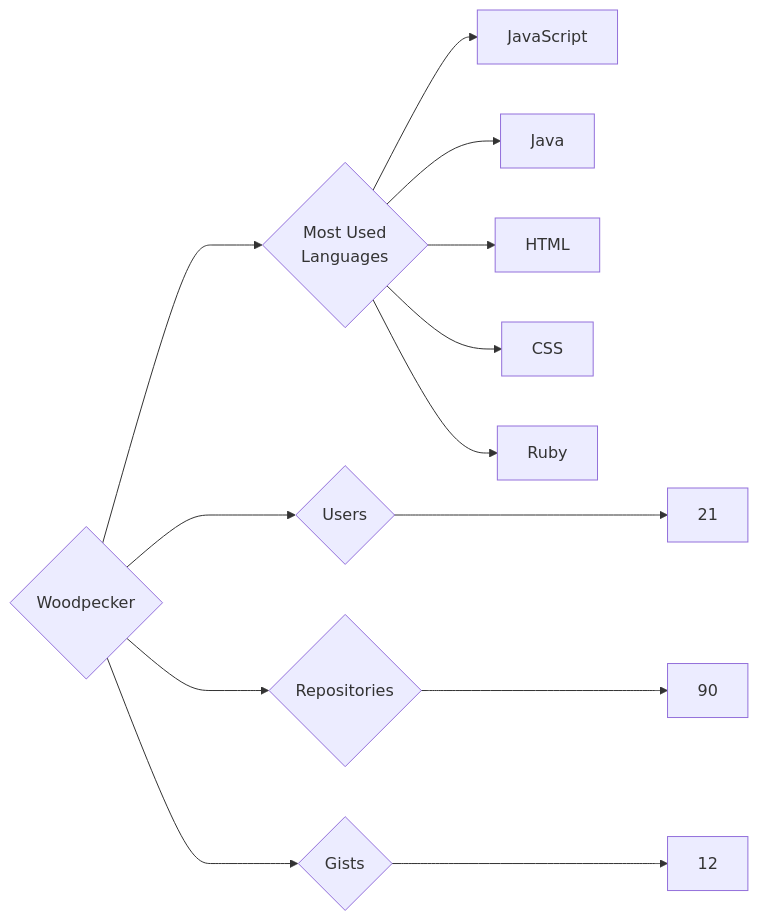
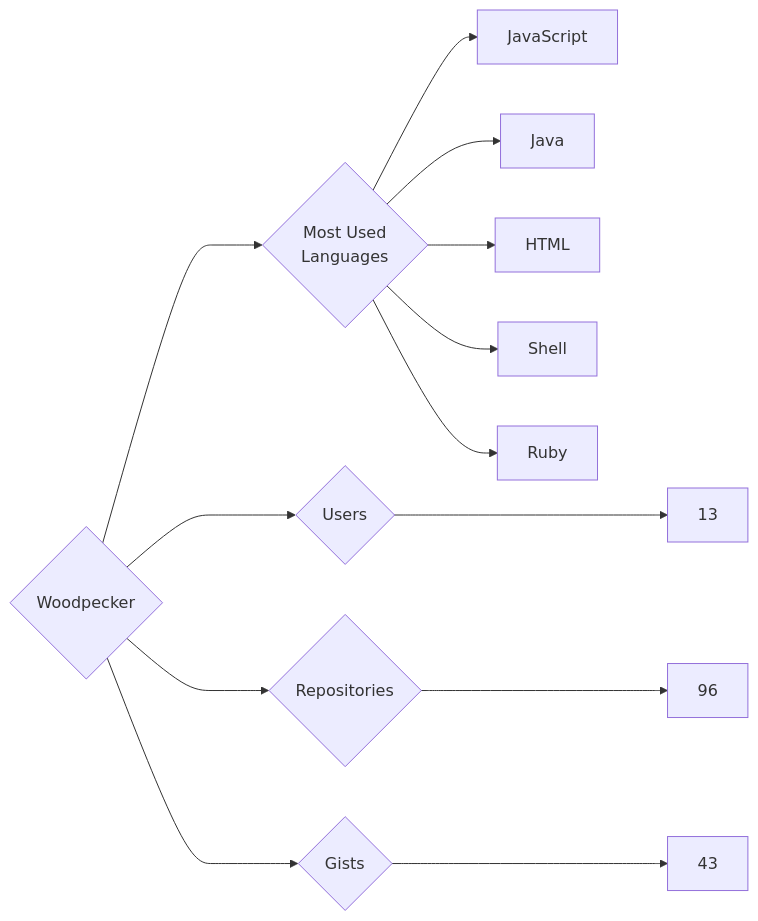
One commit to trickest/insiders changed the diagram in targets/Woodpecker/README.md. Above: the diagram before and after it, drawn with Mermaid. The commit also changed 833 other files, not shown here.

````diff
--- a/targets/Woodpecker/README.md
+++ b/targets/Woodpecker/README.md
@@ -3,13 +3,13 @@
 ```mermaid
 graph LR
 COMPANY_NAME{Woodpecker}
-COMPANY_NAME ---> U{Users} ---> UN[21]
-COMPANY_NAME ---> R{Repositories} ---> RN[90]
-COMPANY_NAME ---> G{Gists} ---> GN[12]
+COMPANY_NAME ---> U{Users} ---> UN[13]
+COMPANY_NAME ---> R{Repositories} ---> RN[96]
+COMPANY_NAME ---> G{Gists} ---> GN[43]
 COMPANY_NAME ---> ML{Most Used<br>Languages}
 ML --> JavaScript[JavaScript]
 ML --> Java[Java]
 ML --> HTML[HTML]
-ML --> CSS[CSS]
+ML --> Shell[Shell]
 ML --> Ruby[Ruby]
 ```
````
